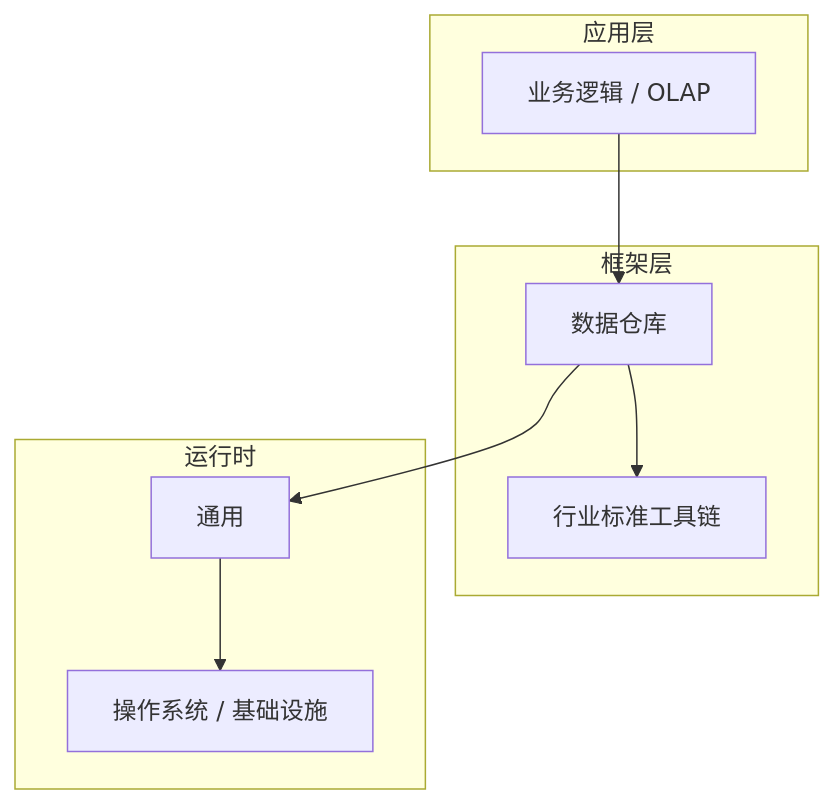
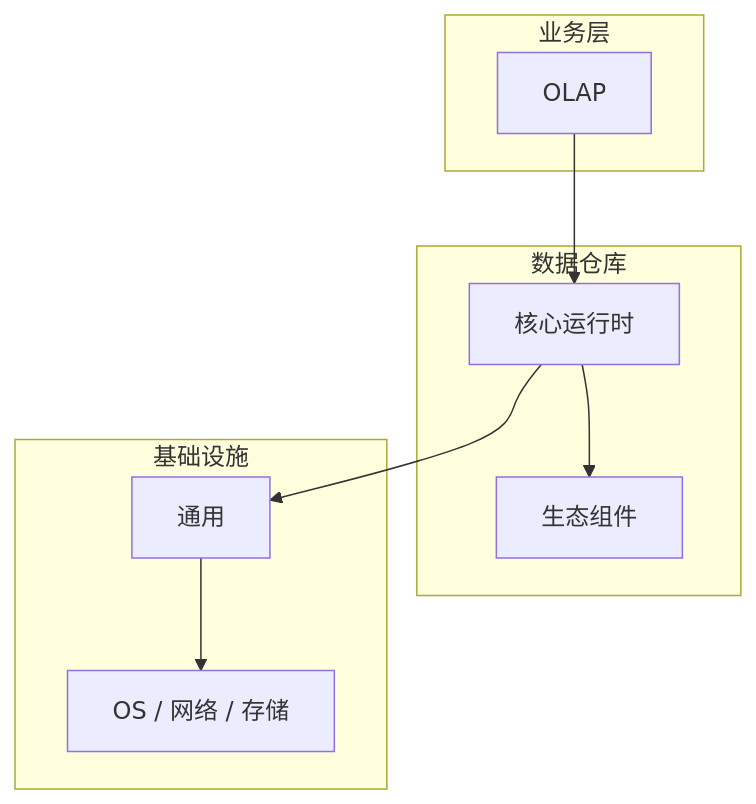
The diagram in articles/数据仓库/chapters/041-OLAP核心概念与原理.md (yanggan2015/knowledge-json-v2), drawn with Mermaid before and after one commit. The commit also changed other lines of this file and 10127 other files, not shown here.

````diff
--- a/articles/数据仓库/chapters/041-OLAP核心概念与原理.md
+++ b/articles/数据仓库/chapters/041-OLAP核心概念与原理.md
@@ -45,18 +34,18 @@
 ```mermaid
 graph TB
-    subgraph 应用层
-        A[业务逻辑 / OLAP]
+    subgraph 业务层
+        A[OLAP]
     end
-    subgraph 框架层
-        B[数据仓库]
-        C[行业标准工具链]
+    subgraph 数据仓库
+        B[核心运行时]
+        C[生态组件]
     end
-    subgraph 运行时
+    subgraph 基础设施
         D[通用]
-        E[操作系统 / 基础设施]
+        E[OS / 网络 / 存储]
     end
     A --> B
     B --> C
     B --> D
     D --> E
 ```
````
